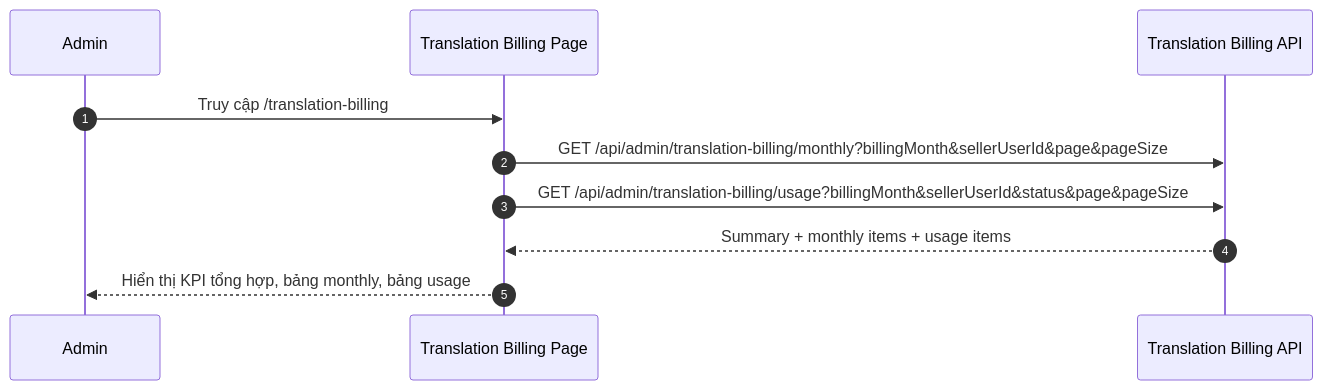
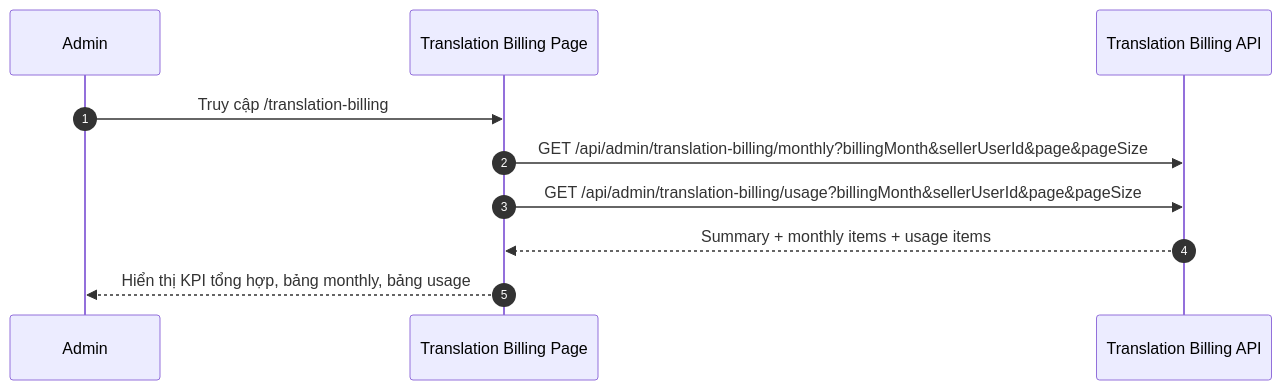
Diagram 27 of 28 in docs/sequence/flow-admin.md (sangnp-s-organiztion/food-market-narrator), drawn with Mermaid before and after one commit. The commit also changed other lines of this file and 59 other files, not shown here.

Commit message:
cap nhat sequence

````diff
--- a/docs/sequence/flow-admin.md
+++ b/docs/sequence/flow-admin.md
@@ -500,13 +589,13 @@
 ```mermaid
 sequenceDiagram
     autonumber
     participant U as Admin
     participant FE as Translation Billing Page
     participant BILL as Translation Billing API
 
     U->>FE: Truy cập /translation-billing
     FE->>BILL: GET /api/admin/translation-billing/monthly?billingMonth&sellerUserId&page&pageSize
-    FE->>BILL: GET /api/admin/translation-billing/usage?billingMonth&sellerUserId&status&page&pageSize
+    FE->>BILL: GET /api/admin/translation-billing/usage?billingMonth&sellerUserId&page&pageSize
     BILL-->>FE: Summary + monthly items + usage items
     FE-->>U: Hiển thị KPI tổng hợp, bảng monthly, bảng usage
 ```
````
